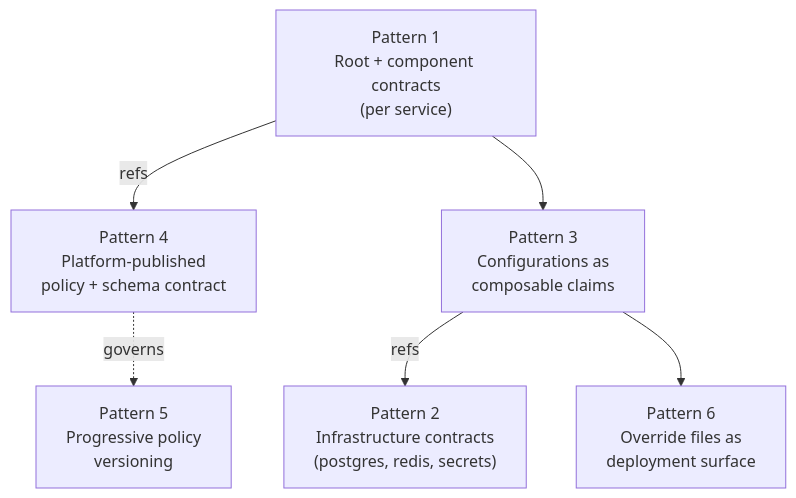
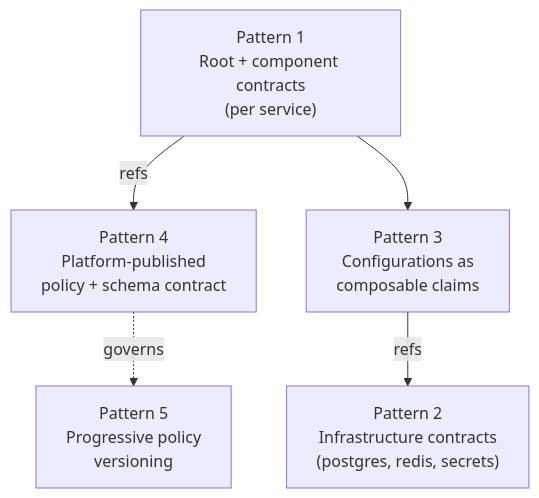
Before and after one commit to TrianaLab/pacto: the diagram in docs/patterns/index.md, drawn with Mermaid. The commit also changed other lines of this file and 90 other files, not shown here.

````diff
--- a/docs/patterns/index.md
+++ b/docs/patterns/index.md
@@ -30,15 +30,13 @@
 ```mermaid
 flowchart TD
     plat["Pattern 4<br/>Platform-published<br/>policy + schema contract"]
     infra["Pattern 2<br/>Infrastructure contracts<br/>(postgres, redis, secrets)"]
     monorepo["Pattern 1<br/>Root + component contracts<br/>(per service)"]
     composable["Pattern 3<br/>Configurations as<br/>composable claims"]
-    overrides["Pattern 6<br/>Override files as<br/>deployment surface"]
     progressive["Pattern 5<br/>Progressive policy<br/>versioning"]
 
     monorepo -->|"refs"| plat
     composable -->|"refs"| infra
     monorepo --> composable
-    composable --> overrides
     plat -.->|"governs"| progressive
 ```
````
